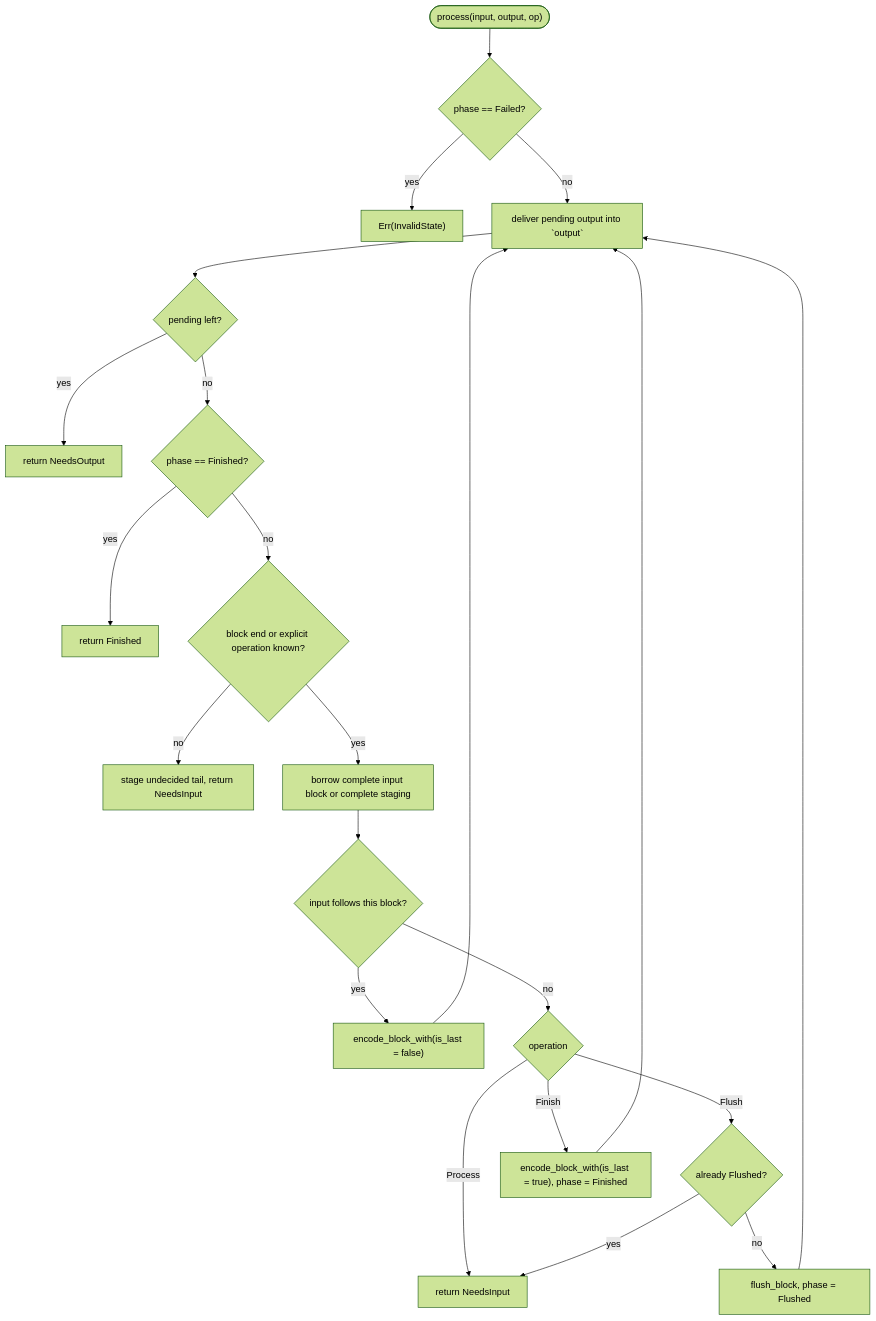
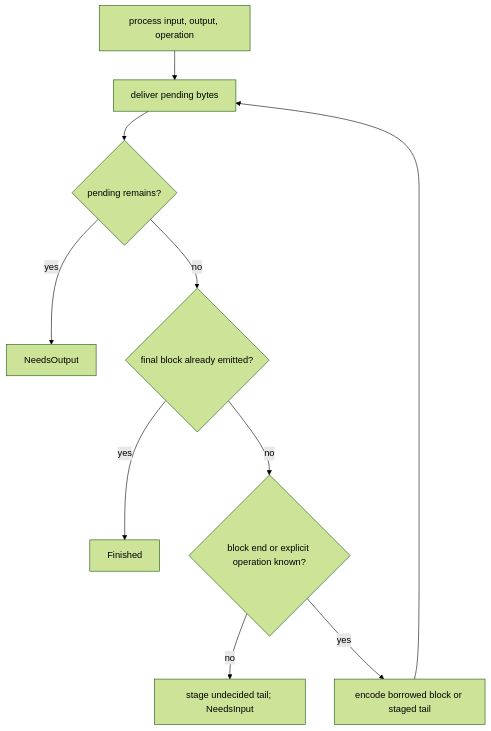
Before and after one commit to Mnwa/mbrotli: the third of 4 diagrams in architecture/compressor.md, drawn with Mermaid (forest theme). The commit also changed other lines of this file and 172 other files, not shown here.

````diff
--- a/architecture/compressor.md
+++ b/architecture/compressor.md
@@ -400,24 +80,12 @@
 ```mermaid
 flowchart TD
-    start(["process(input, output, op)"]) --> failed{"phase == Failed?"}
-    failed -->|yes| inval["Err(InvalidState)"]
-    failed -->|no| drain["deliver pending output into `output`"]
-    drain --> more{"pending left?"}
-    more -->|yes| needout["return NeedsOutput"]
-    more -->|no| fin{"phase == Finished?"}
-    fin -->|yes| done["return Finished"]
-    fin -->|no| tail{"block end or explicit operation known?"}
-    tail -->|no| stage["stage undecided tail, return NeedsInput"]
-    tail -->|yes| source["borrow complete input block or complete staging"]
-    source --> full{"input follows this block?"}
-    full -->|yes| encode["encode_block_with(is_last = false)"]
-    encode --> drain
-    full -->|no| op{"operation"}
-    op -->|Process| needin["return NeedsInput"]
-    op -->|Flush| flushed{"already Flushed?"}
-    flushed -->|yes| needin
-    flushed -->|no| doflush["flush_block, phase = Flushed"]
-    doflush --> drain
-    op -->|Finish| last["encode_block_with(is_last = true), phase = Finished"]
-    last --> drain
+    Call[process input, output, operation] --> Drain[deliver pending bytes]
+    Drain --> Pending{pending remains?}
+    Pending -->|yes| Output[NeedsOutput]
+    Pending -->|no| Done{final block already emitted?}
+    Done -->|yes| Finished[Finished]
+    Done -->|no| Boundary{block end or explicit operation known?}
+    Boundary -->|no| Stage[stage undecided tail; NeedsInput]
+    Boundary -->|yes| Encode[encode borrowed block or staged tail]
+    Encode --> Drain
 ```
````
